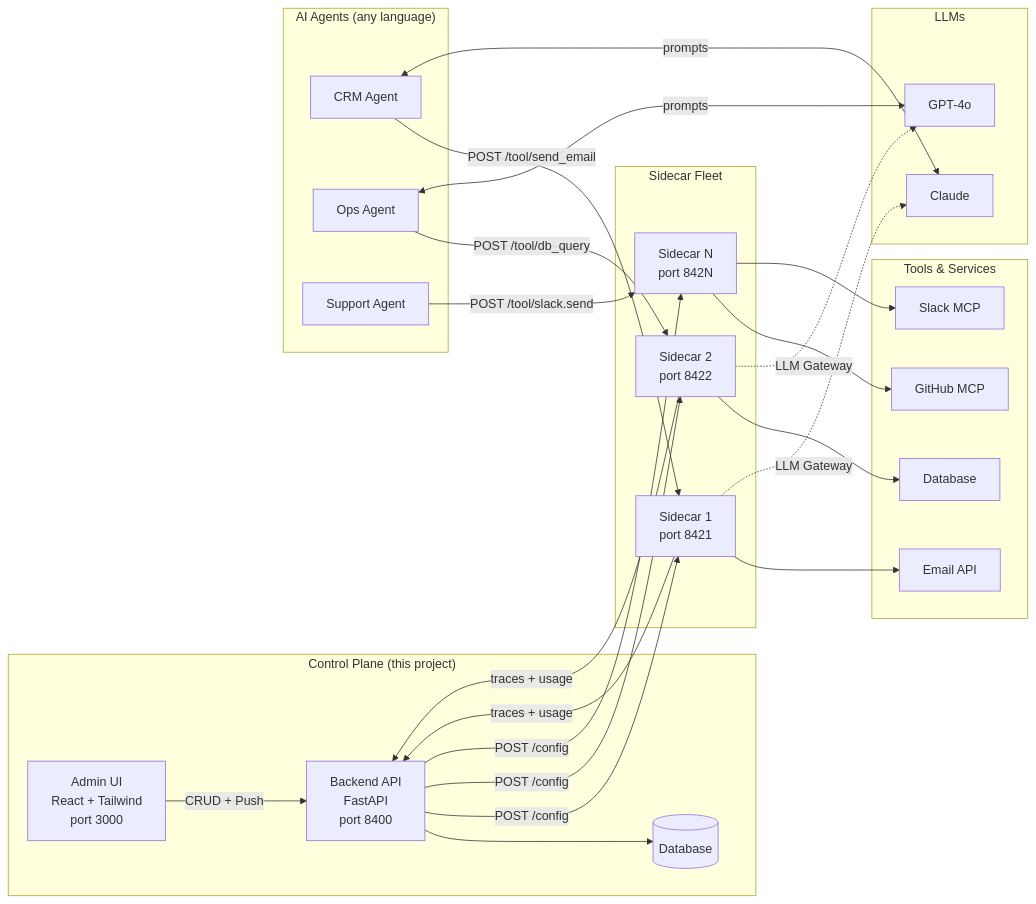
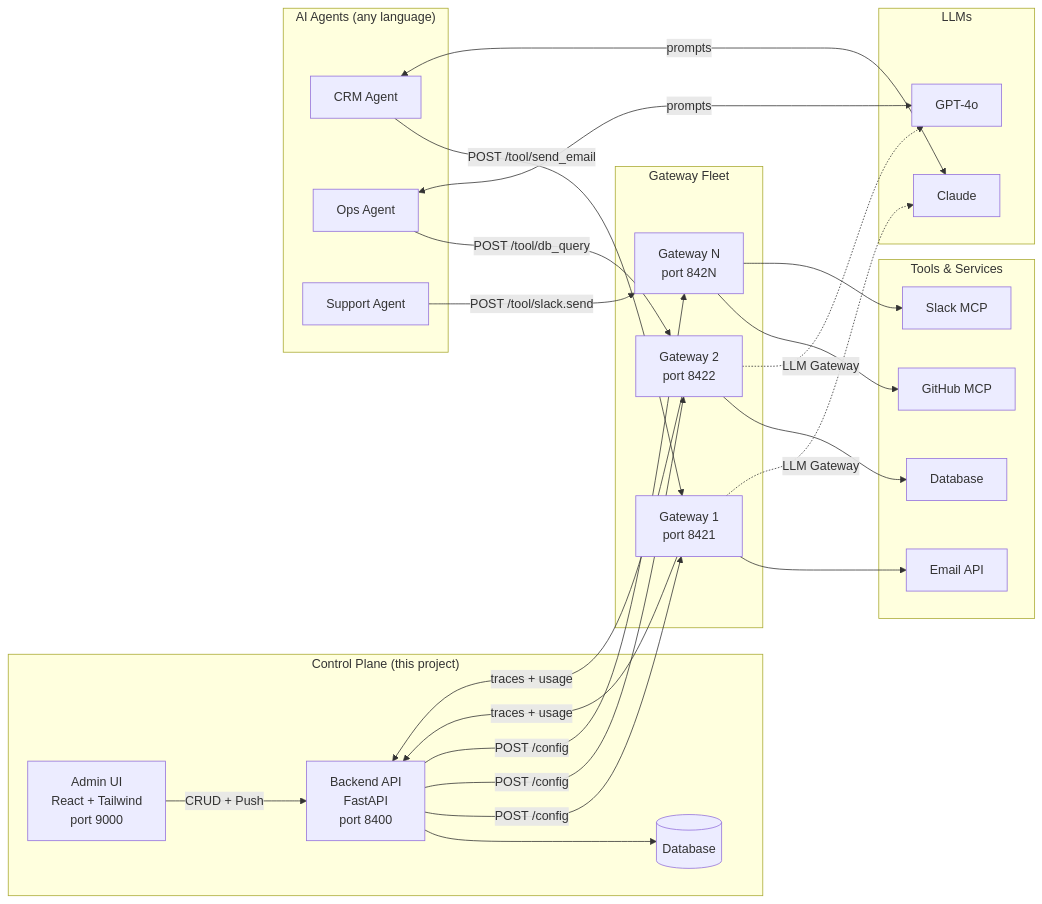
The first of 13 diagrams in control-plane/docs/getting-started.md (hk-775/ostiari), drawn with Mermaid before and after one commit. The commit also changed other lines of this file and 21 other files, not shown here.

````diff
--- a/control-plane/docs/getting-started.md
+++ b/control-plane/docs/getting-started.md
@@ -57,55 +68,55 @@
 ```mermaid
 graph LR
     subgraph "Control Plane (this project)"
-        UI[Admin UI<br/>React + Tailwind<br/>port 3000]
+        UI[Admin UI<br/>React + Tailwind<br/>port 9000]
         API[Backend API<br/>FastAPI<br/>port 8400]
         DB[(Database)]
     end
 
-    subgraph "Sidecar Fleet"
-        SC1[Sidecar 1<br/>port 8421]
-        SC2[Sidecar 2<br/>port 8422]
-        SC3[Sidecar N<br/>port 842N]
+    subgraph "Gateway Fleet"
+        SC1[Gateway 1<br/>port 8421]
+        SC2[Gateway 2<br/>port 8422]
+        SC3[Gateway N<br/>port 842N]
     end
 
     subgraph "AI Agents (any language)"
         A1[CRM Agent]
         A2[Ops Agent]
         A3[Support Agent]
     end
 
     subgraph "Tools & Services"
         T1[Email API]
         T2[Database]
         T3[GitHub MCP]
         T4[Slack MCP]
     end
 
     subgraph "LLMs"
         L1[Claude]
         L2[GPT-4o]
     end
 
     UI -->|"CRUD + Push"| API
     API --> DB
     API -->|"POST /config"| SC1
     API -->|"POST /config"| SC2
     API -->|"POST /config"| SC3
     SC1 -->|"traces + usage"| API
     SC2 -->|"traces + usage"| API
 
     A1 -->|"POST /tool/send_email"| SC1
     A2 -->|"POST /tool/db_query"| SC2
     A3 -->|"POST /tool/slack.send"| SC3
 
     SC1 --> T1
     SC2 --> T2
     SC3 --> T3
     SC3 --> T4
 
     A1 <-->|prompts| L1
     A2 <-->|prompts| L2
 
     SC1 -.->|"LLM Gateway"| L1
     SC2 -.->|"LLM Gateway"| L2
 ```
````
